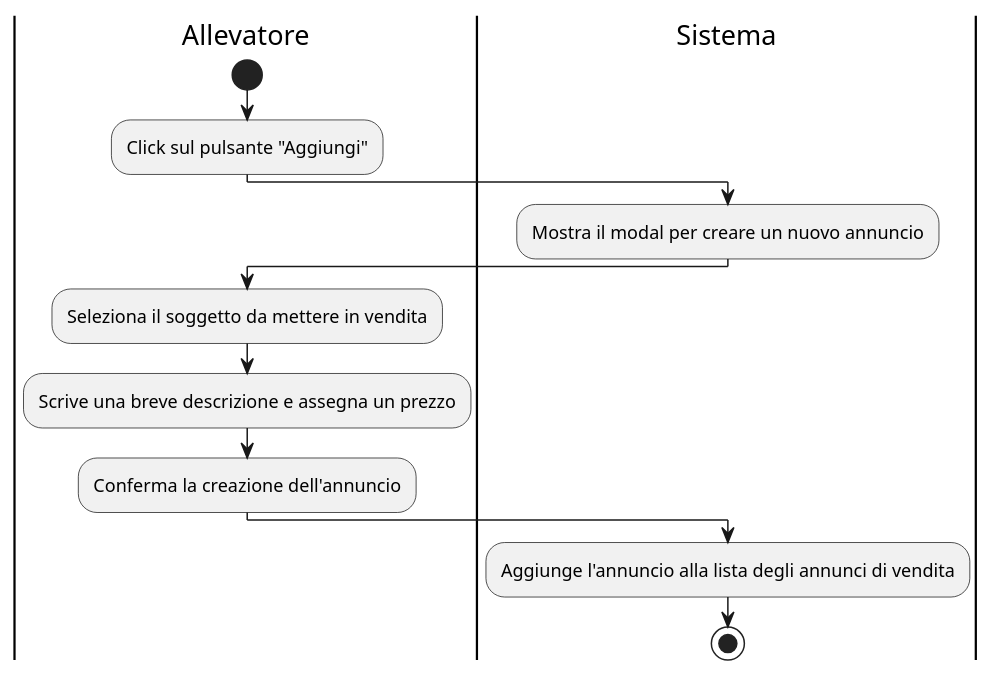
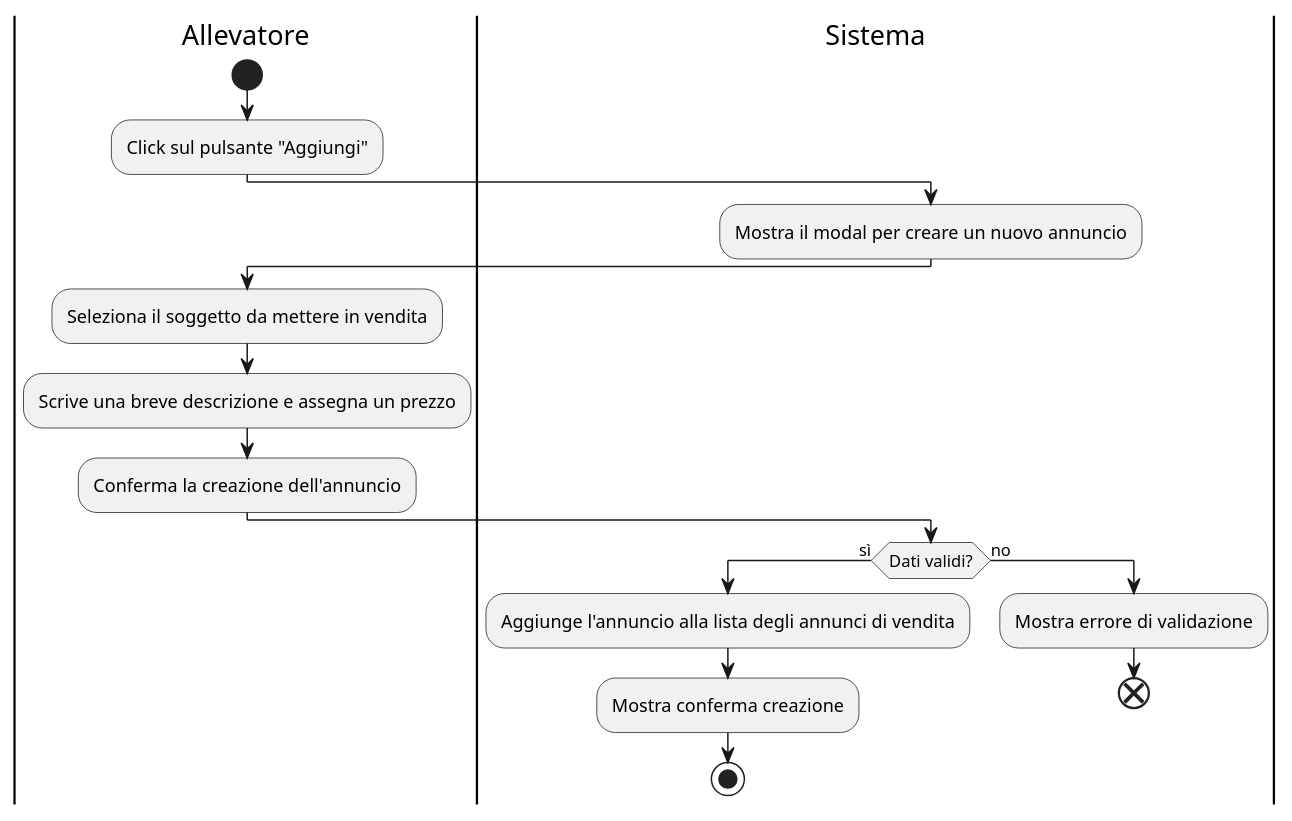
Before and after one commit to cristiancundari/birdbase: diagram 16 of 27 in docs/sezioni/usecases/2_activitydiagrams.md, drawn with PlantUML. The commit also changed other lines of this file and 4 other files, not shown here.

````diff
--- a/docs/sezioni/usecases/2_activitydiagrams.md
+++ b/docs/sezioni/usecases/2_activitydiagrams.md
@@ -373,25 +419,23 @@
 ```plantuml
 @startuml
 |Allevatore|
 start
 :Click sul pulsante "Aggiungi";
-
 |Sistema|
 :Mostra il modal per creare un nuovo annuncio;
-
 |Allevatore|
 :Seleziona il soggetto da mettere in vendita;
-
-|Allevatore|
 :Scrive una breve descrizione e assegna un prezzo;
-
-|Allevatore|
 :Conferma la creazione dell'annuncio;
-
 |Sistema|
-:Aggiunge l'annuncio alla lista degli annunci di vendita;
-
-stop
+if (Dati validi?) then (sì)
+    :Aggiunge l'annuncio alla lista degli annunci di vendita;
+    :Mostra conferma creazione;
+    stop
+else (no)
+    :Mostra errore di validazione;
+    end
+endif
 @enduml
 
 ```
````
